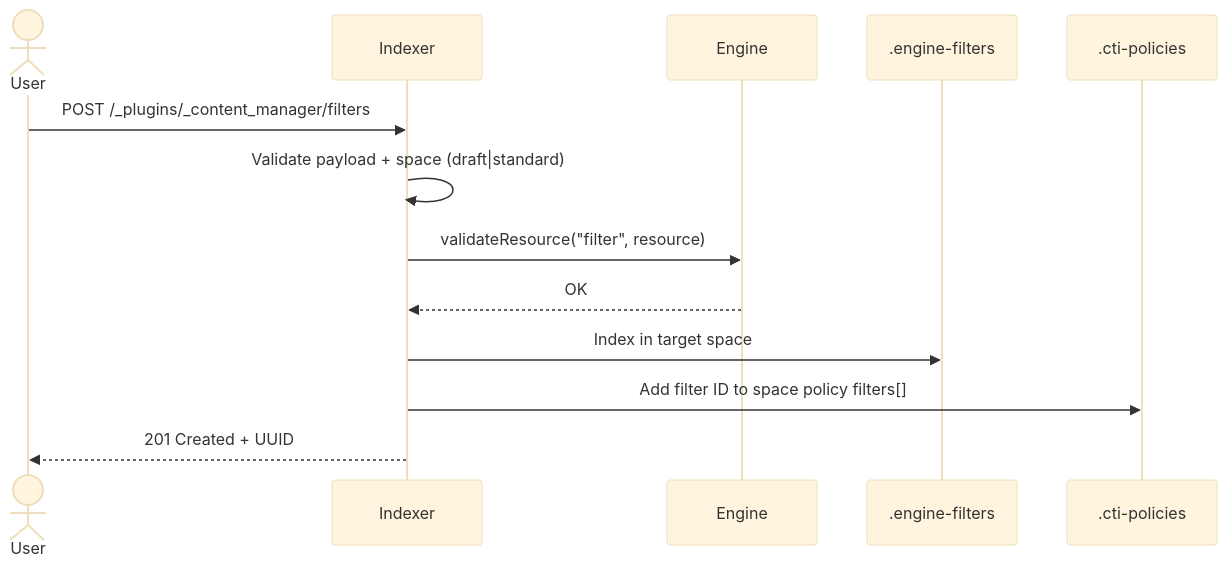
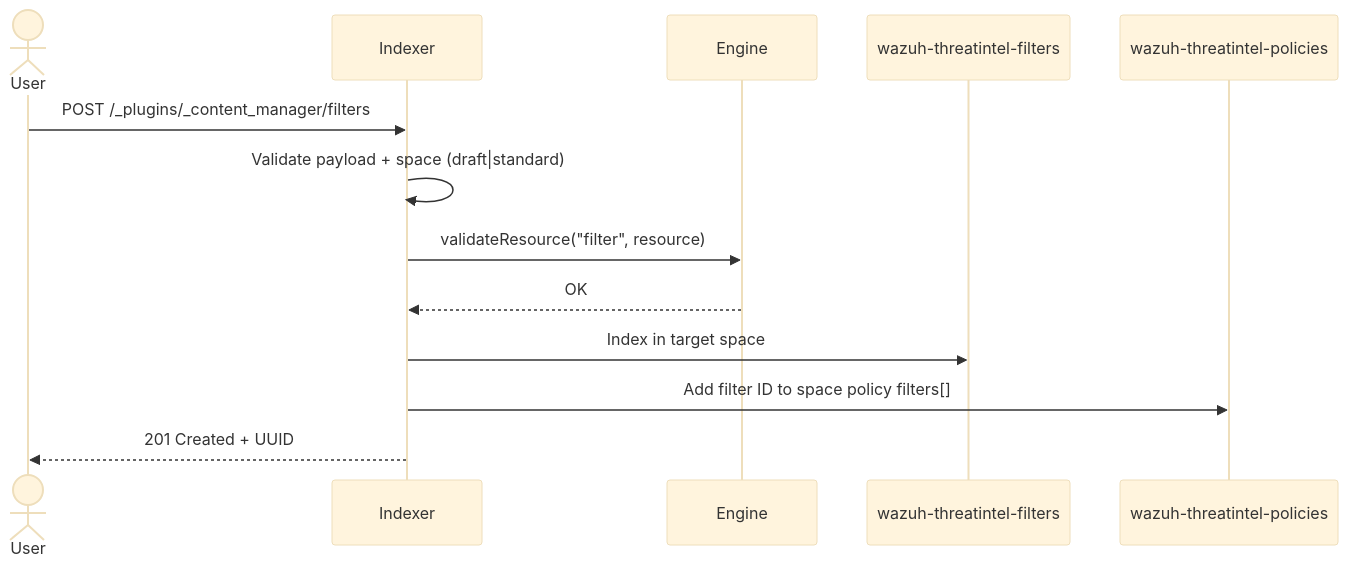
Before and after one commit to wazuh/wazuh-indexer-plugins: the seventh of 10 diagrams in docs/dev/plugins/content-manager.md, drawn with Mermaid (base theme). The commit also changed other lines of this file and 8 other files, not shown here.

````diff
--- a/docs/dev/plugins/content-manager.md
+++ b/docs/dev/plugins/content-manager.md
@@ -568,16 +568,16 @@
 ```mermaid
 sequenceDiagram
     actor User
     participant Indexer
     participant Engine
-    participant FilterIndex as .engine-filters
-    participant PoliciesIndex as .cti-policies
+    participant FilterIndex as wazuh-threatintel-filters
+    participant PoliciesIndex as wazuh-threatintel-policies
 
     User->>Indexer: POST /_plugins/_content_manager/filters
     Indexer->>Indexer: Validate payload + space (draft|standard)
     Indexer->>Engine: validateResource("filter", resource)
     Engine-->>Indexer: OK
     Indexer->>FilterIndex: Index in target space
     Indexer->>PoliciesIndex: Add filter ID to space policy filters[]
     Indexer-->>User: 201 Created + UUID
 ```
````
